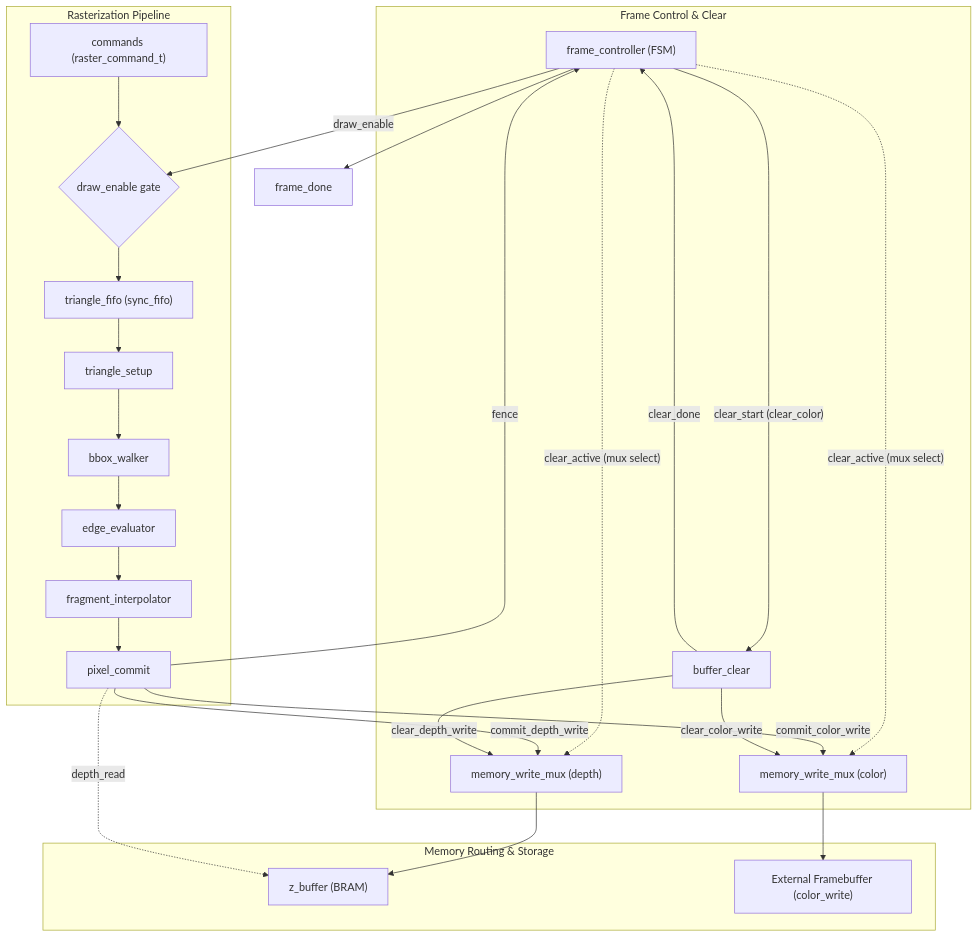
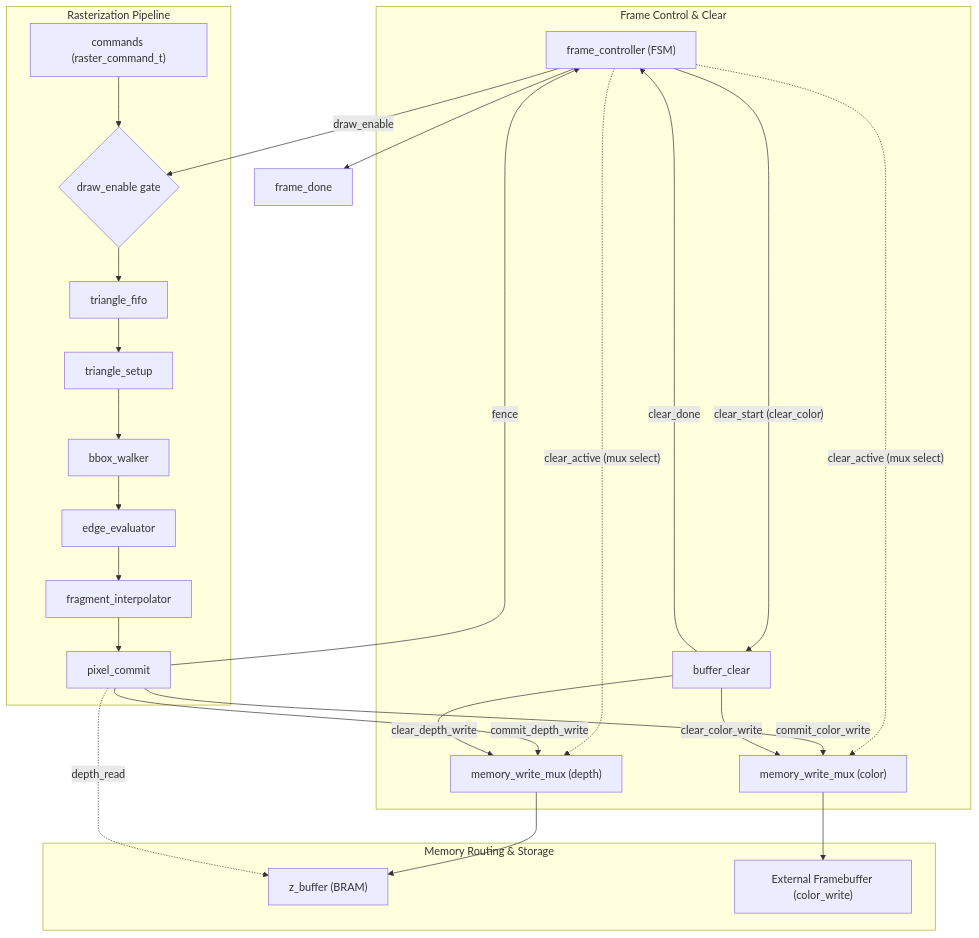
The diagram in docs/meeting_notes/rasterization/meeting_3.md (cdi-sjsu/tiny-fixed-function-gpu), drawn with Mermaid before and after one commit. The commit also changed other lines of this file, not shown here.

````diff
--- a/docs/meeting_notes/rasterization/meeting_3.md
+++ b/docs/meeting_notes/rasterization/meeting_3.md
@@ -79,53 +79,53 @@
 ```mermaid
 flowchart TD
     subgraph Control ["Frame Control & Clear"]
         FC["frame_controller (FSM)"]
         BC["buffer_clear"]
         FC -- "clear_start (clear_color)" --> BC
         BC -- "clear_done" --> FC
         FC -. "clear_active (mux select)" .-> MUX_D
         FC -. "clear_active (mux select)" .-> MUX_C
     end
 
     subgraph Pipeline ["Rasterization Pipeline"]
         CMD["commands (raster_command_t)"]
         GATE{"draw_enable gate"}
-        FIFO["triangle_fifo (sync_fifo)"]
+        FIFO["triangle_fifo"]
         TS["triangle_setup"]
         BW["bbox_walker"]
         EE["edge_evaluator"]
         FI["fragment_interpolator"]
         PC["pixel_commit"]
 
         CMD --> GATE
         GATE --> FIFO
         FIFO --> TS
         TS --> BW
         BW --> EE
         EE --> FI
         FI --> PC
     end
 
     subgraph Memory ["Memory Routing & Storage"]
         MUX_D["memory_write_mux (depth)"]
         MUX_C["memory_write_mux (color)"]
         ZB["z_buffer (BRAM)"]
         FB["External Framebuffer (color_write)"]
 
         MUX_D --> ZB
         MUX_C --> FB
     end
 
     %% Pipeline control and synchronization
     FC -- "draw_enable" --> GATE
     PC -- "fence" --> FC
     FC --> FD["frame_done"]
 
     %% Memory interactions
     PC -. "depth_read" .-> ZB
     PC -- "commit_depth_write" --> MUX_D
     PC -- "commit_color_write" --> MUX_C
 
     BC -- "clear_depth_write" --> MUX_D
     BC -- "clear_color_write" --> MUX_C
 ```
````
